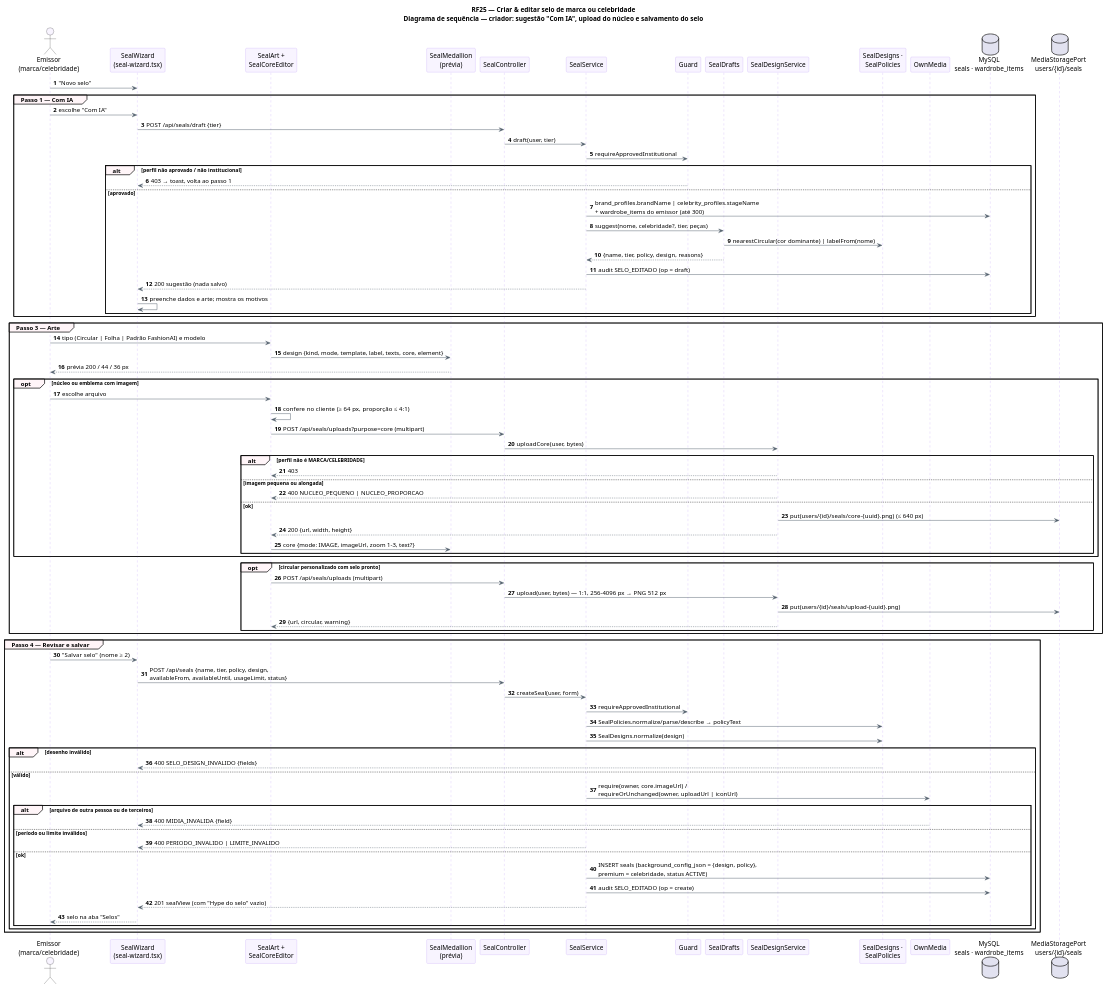
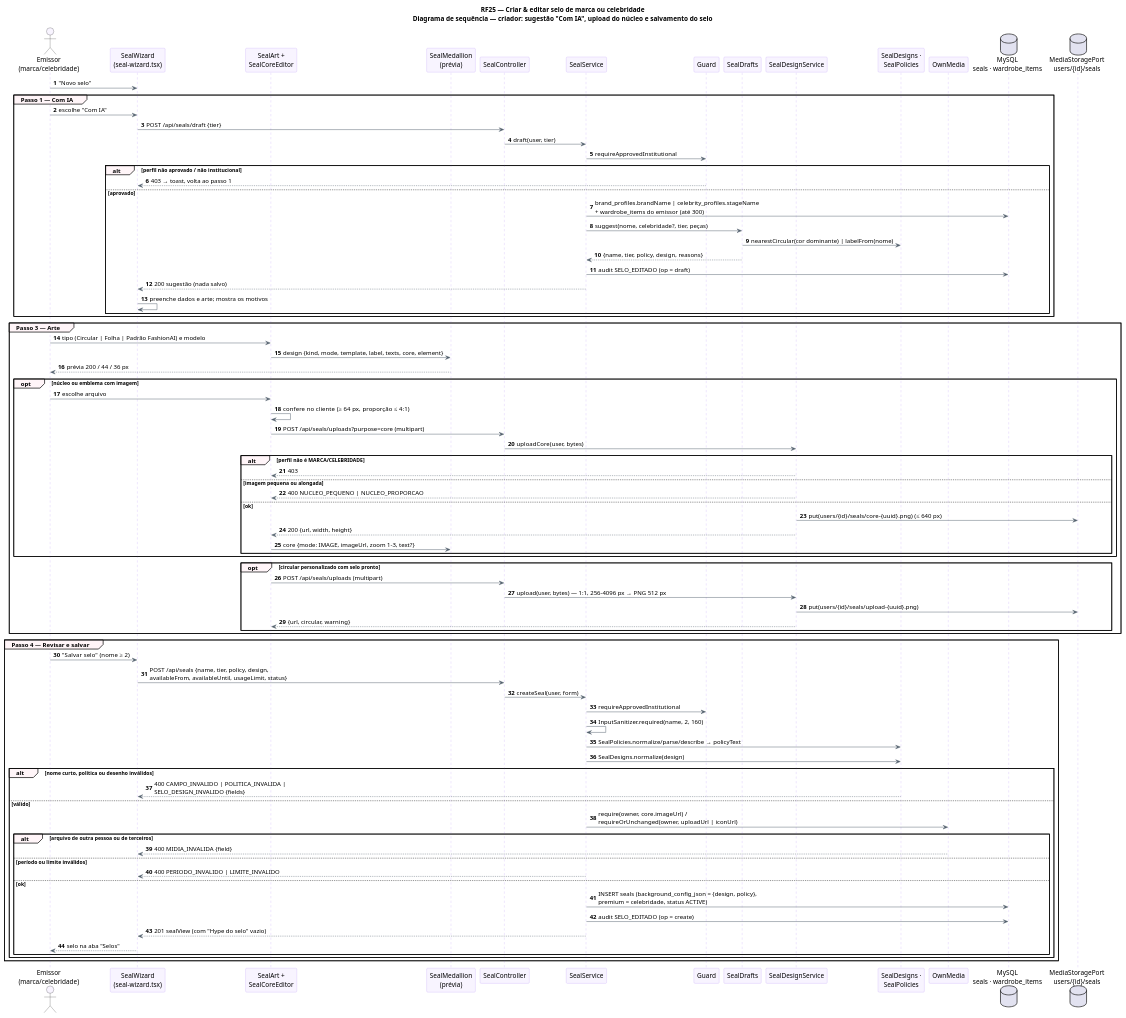
Before and after one commit to MatheusHaliski/tcc-2026-fashion-ai-backend: the diagram in docs/diagramas/RF25-criador-de-selos/RF25-criador-sequencia.puml, drawn with PlantUML. The commit also changed 638 other files, not shown here.

First line of the commit message:
Diagramas UML: reescrita pelo código atual e realinhamento ao Trello (parte 2, checkpoint)

```diff
--- a/docs/diagramas/RF25-criador-de-selos/RF25-criador-sequencia.puml
+++ b/docs/diagramas/RF25-criador-de-selos/RF25-criador-sequencia.puml
@@ -1,95 +1,96 @@
 @startuml RF25_Criador_Sequencia
 title RF25 — Criar & editar selo de marca ou celebridade\nDiagrama de sequência — criador: sugestão "Com IA", upload do núcleo e salvamento do selo
 skinparam backgroundColor #FFFFFF
 skinparam shadowing false
 skinparam sequence {
   ArrowColor #52606D
   LifeLineBorderColor #B695F5
   ParticipantBackgroundColor #F8F4FF
   ParticipantBorderColor #B695F5
   ActorBackgroundColor #F8F4FF
   GroupBackgroundColor #FFF5F8
 }
 autonumber
 actor "Emissor\n(marca/celebridade)" as E
 participant "SealWizard\n(seal-wizard.tsx)" as W
 participant "SealArt +\nSealCoreEditor" as A
 participant "SealMedallion\n(prévia)" as M
 participant "SealController" as C
 participant "SealService" as S
 participant "Guard" as G
 participant "SealDrafts" as D
 participant "SealDesignService" as U
 participant "SealDesigns ·\nSealPolicies" as N
 participant "OwnMedia" as O
 database "MySQL\nseals · wardrobe_items" as DB
 database "MediaStoragePort\nusers/{id}/seals" as ST
 
 E -> W : "Novo selo"
 group Passo 1 — Com IA
   E -> W : escolhe "Com IA"
   W -> C : POST /api/seals/draft {tier}
   C -> S : draft(user, tier)
   S -> G : requireApprovedInstitutional
   alt perfil não aprovado / não institucional
     G --> W : 403 → toast, volta ao passo 1
   else aprovado
     S -> DB : brand_profiles.brandName | celebrity_profiles.stageName\n+ wardrobe_items do emissor (até 300)
     S -> D : suggest(nome, celebridade?, tier, peças)
     D -> N : nearestCircular(cor dominante) | labelFrom(nome)
     D --> S : {name, tier, policy, design, reasons}
     S -> DB : audit SELO_EDITADO (op = draft)
     S --> W : 200 sugestão (nada salvo)
     W -> W : preenche dados e arte; mostra os motivos
   end
 end
 group Passo 3 — Arte
   E -> A : tipo (Circular | Folha | Padrão FashionAI) e modelo
   A -> M : design {kind, mode, template, label, texts, core, element}
   M --> E : prévia 200 / 44 / 36 px
   opt núcleo ou emblema com imagem
     E -> A : escolhe arquivo
     A -> A : confere no cliente (≥ 64 px, proporção ≤ 4:1)
     A -> C : POST /api/seals/uploads?purpose=core (multipart)
     C -> U : uploadCore(user, bytes)
     alt perfil não é MARCA/CELEBRIDADE
       U --> A : 403
     else imagem pequena ou alongada
       U --> A : 400 NUCLEO_PEQUENO | NUCLEO_PROPORCAO
     else ok
       U -> ST : put(users/{id}/seals/core-{uuid}.png) (≤ 640 px)
       U --> A : 200 {url, width, height}
       A -> M : core {mode: IMAGE, imageUrl, zoom 1–3, text?}
     end
   end
   opt circular personalizado com selo pronto
     A -> C : POST /api/seals/uploads (multipart)
     C -> U : upload(user, bytes) — 1:1, 256–4096 px → PNG 512 px
     U -> ST : put(users/{id}/seals/upload-{uuid}.png)
     U --> A : {url, circular, warning}
   end
 end
 group Passo 4 — Revisar e salvar
   E -> W : "Salvar selo" (nome ≥ 2)
   W -> C : POST /api/seals {name, tier, policy, design,\navailableFrom, availableUntil, usageLimit, status}
   C -> S : createSeal(user, form)
   S -> G : requireApprovedInstitutional
+  S -> S : InputSanitizer.required(name, 2, 160)
   S -> N : SealPolicies.normalize/parse/describe → policyText
   S -> N : SealDesigns.normalize(design)
-  alt desenho inválido
-    N --> W : 400 SELO_DESIGN_INVALIDO {fields}
+  alt nome curto, política ou desenho inválidos
+    N --> W : 400 CAMPO_INVALIDO | POLITICA_INVALIDA |\nSELO_DESIGN_INVALIDO {fields}
   else válido
     S -> O : require(owner, core.imageUrl) /\nrequireOrUnchanged(owner, uploadUrl | iconUrl)
     alt arquivo de outra pessoa ou de terceiros
       O --> W : 400 MIDIA_INVALIDA {field}
     else período ou limite inválidos
       S --> W : 400 PERIODO_INVALIDO | LIMITE_INVALIDO
     else ok
       S -> DB : INSERT seals (background_config_json = {design, policy},\npremium = celebridade, status ACTIVE)
       S -> DB : audit SELO_EDITADO (op = create)
       S --> W : 201 sealView (com "Hype do selo" vazio)
       W --> E : selo na aba "Selos"
     end
   end
 end
 @enduml
```
